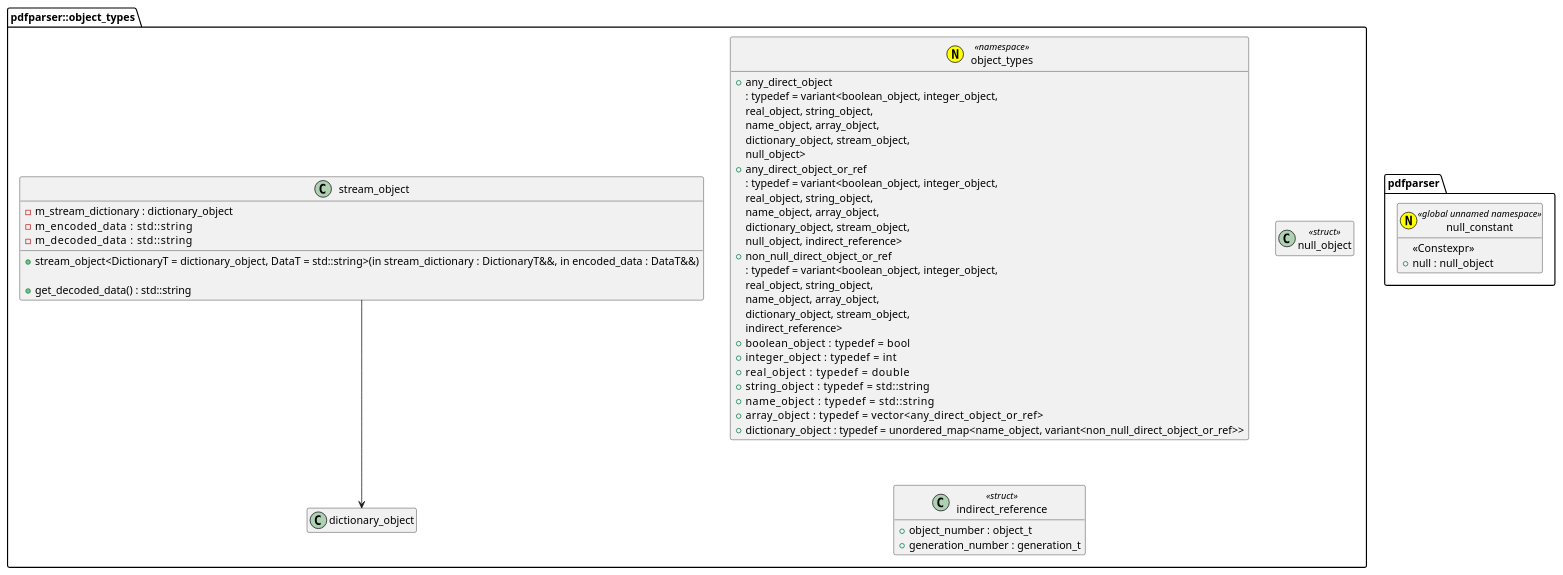
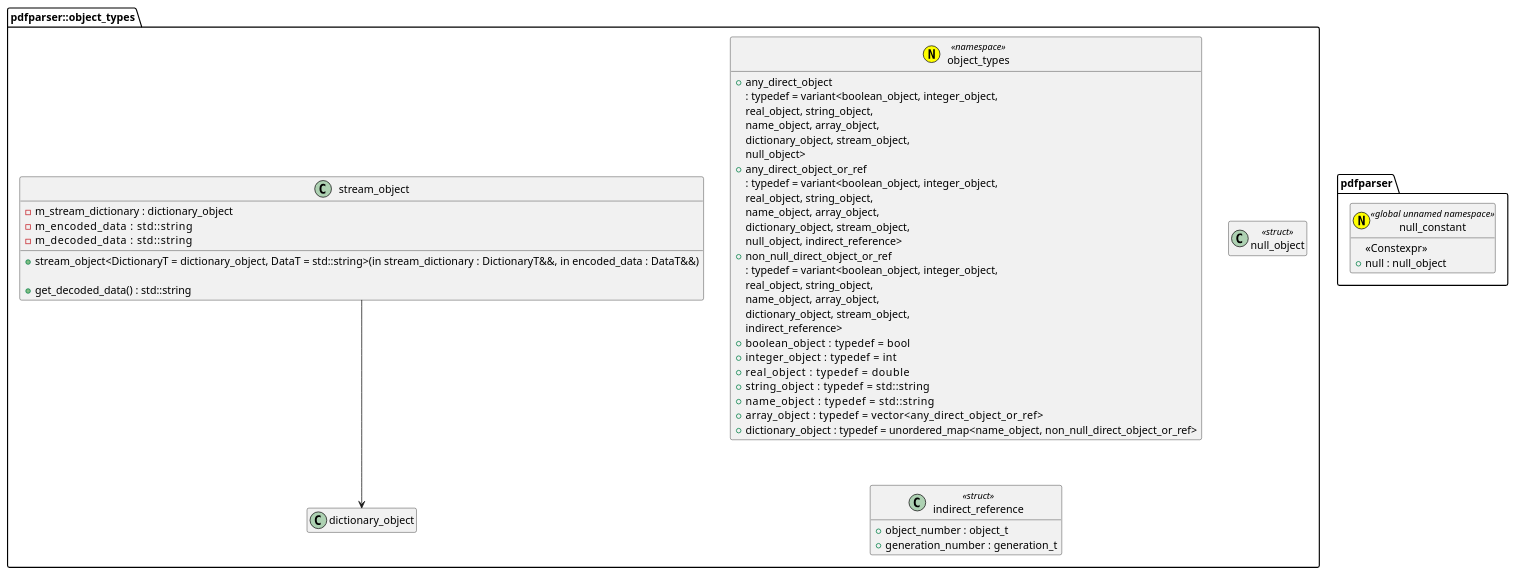
Before and after one commit to KodaiYM/PDFReader: the diagram in document/object_types.class.pu, drawn with PlantUML. The commit also changed 11 other files, not shown here.

```diff
--- a/document/object_types.class.pu
+++ b/document/object_types.class.pu
@@ -1,55 +1,55 @@
 @startuml object_types
 hide empty members
 namespace pdfparser {
 annotation null_constant <<(N, yellow) global unnamed namespace>> {
 	<<Constexpr>>
 	+null : null_object
 }
 }
 namespace pdfparser::object_types {
 annotation object_types <<(N, yellow) namespace>> {
 	+any_direct_object
 	 : typedef = variant<boolean_object, integer_object,
 	                     real_object, string_object,
 	                     name_object, array_object,
 	                     dictionary_object, stream_object,
 	                     null_object>
 	+any_direct_object_or_ref
 	 : typedef = variant<boolean_object, integer_object,
 	                     real_object, string_object,
 	                     name_object, array_object,
 	                     dictionary_object, stream_object,
 	                     null_object, indirect_reference>
 	+non_null_direct_object_or_ref
 	 : typedef = variant<boolean_object, integer_object,
 	                     real_object, string_object,
 	                     name_object, array_object,
 	                     dictionary_object, stream_object,
 	                     indirect_reference>
 	+boolean_object    : typedef = bool
 	+integer_object    : typedef = int
 	+real_object       : typedef = double
 	+string_object     : typedef = std::string
 	+name_object       : typedef = std::string
 	+array_object      : typedef = vector<any_direct_object_or_ref>
-	+dictionary_object : typedef = unordered_map<name_object, variant<non_null_direct_object_or_ref>>
+	+dictionary_object : typedef = unordered_map<name_object, non_null_direct_object_or_ref>
 }
 class stream_object {
 	-m_stream_dictionary : dictionary_object
 	-m_encoded_data      : std::string
 	-m_decoded_data      : std::string
 
 	+stream_object<DictionaryT = dictionary_object, DataT = std::string>(in stream_dictionary : DictionaryT&&, in encoded_data : DataT&&)
 
 	+get_decoded_data() : std::string
 }
 stream_object --> dictionary_object
 
 class null_object<<struct>>  {}
 
 class indirect_reference<<struct>> {
 	+object_number : object_t
 	+generation_number : generation_t
 }
 }
 @enduml
```
